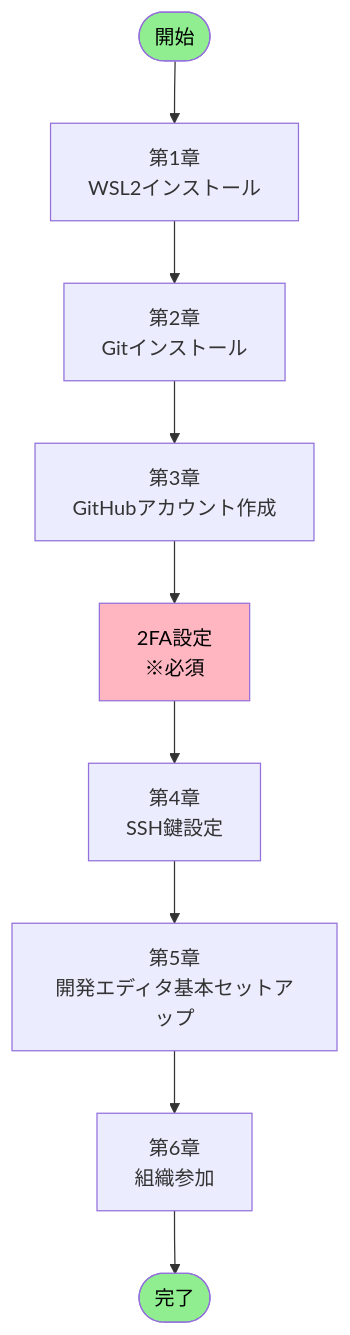
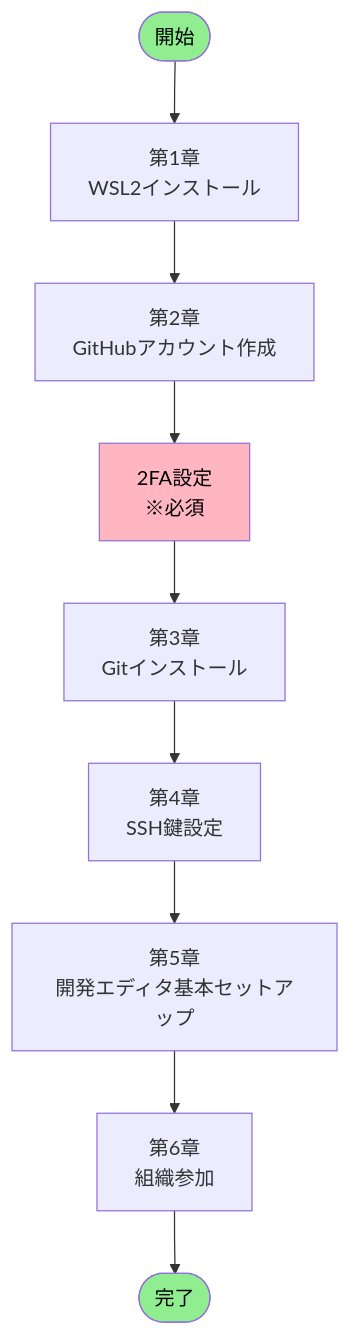
One commit to sas-com/github-guidelines changed the first of 2 diagrams in docs/onboarding/GITHUB_ENVIRONMENT_SETUP.md. Above: the diagram before and after it, drawn with Mermaid. The commit also changed other lines of this file, not shown here.

````diff
--- a/docs/onboarding/GITHUB_ENVIRONMENT_SETUP.md
+++ b/docs/onboarding/GITHUB_ENVIRONMENT_SETUP.md
@@ -89,15 +89,15 @@
 ```mermaid
 graph TB
     Start([開始]) --> WSL[第1章<br/>WSL2インストール]
-    WSL --> Git[第2章<br/>Gitインストール]
-    Git --> GitHub[第3章<br/>GitHubアカウント作成]
+    WSL --> GitHub[第2章<br/>GitHubアカウント作成]
     GitHub --> TwoFA[2FA設定<br/>※必須]
-    TwoFA --> SSH[第4章<br/>SSH鍵設定]
+    TwoFA --> Git[第3章<br/>Gitインストール]
+    Git --> SSH[第4章<br/>SSH鍵設定]
     SSH --> Editor[第5章<br/>開発エディタ基本セットアップ]
     Editor --> Org[第6章<br/>組織参加]
     Org --> Complete([完了])
 
     style Start fill:#90EE90,color:#000
     style Complete fill:#90EE90,color:#000
     style TwoFA fill:#FFB6C1,color:#000
 ```
````
